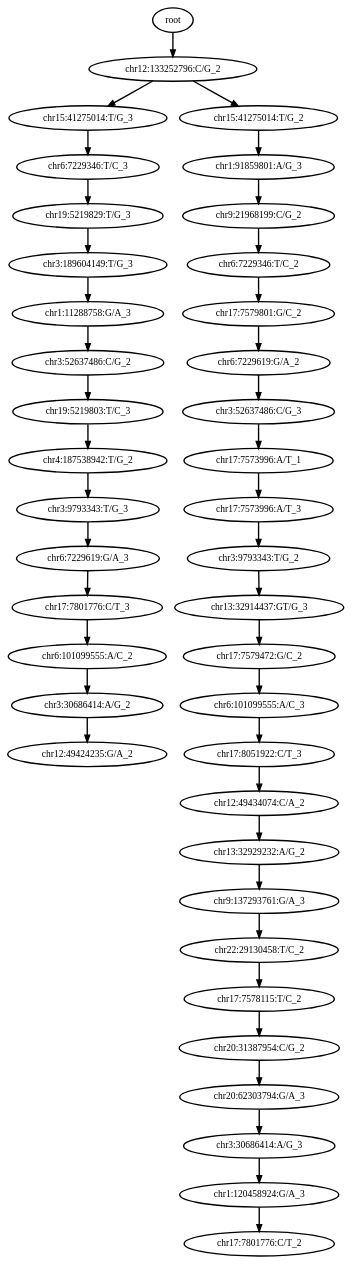
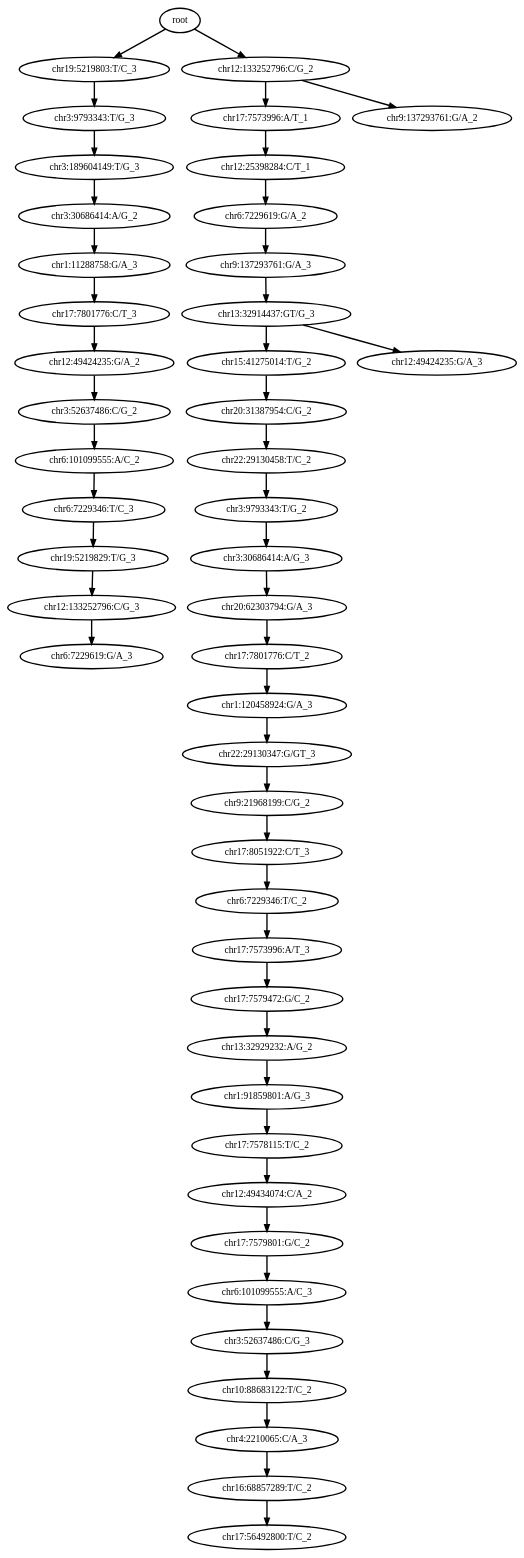
One commit to haochenz96/Tapestri_main_manuscript_analysis changed the diagram in 0_condor_pipeline/condor_outputs/BPA-2/out_tree_without_cells.dot. Above: the diagram before and after it, drawn with Graphviz. The commit also changed 43 other files, not shown here.

```diff
--- a/0_condor_pipeline/condor_outputs/BPA-2/out_tree_without_cells.dot
+++ b/0_condor_pipeline/condor_outputs/BPA-2/out_tree_without_cells.dot
@@ -1,83 +1,97 @@
 digraph N {
 	overlap="false"
 	rankdir="TB"
 	0 [label="root", style="bold"];
-	1 [label="chr12:133252796:C/G_2", style="bold"];
-	2 [label="chr15:41275014:T/G_3", style="bold"];
-	3 [label="chr15:41275014:T/G_2", style="bold"];
-	4 [label="chr1:91859801:A/G_3", style="bold"];
-	5 [label="chr9:21968199:C/G_2", style="bold"];
-	6 [label="chr6:7229346:T/C_2", style="bold"];
-	7 [label="chr17:7579801:G/C_2", style="bold"];
-	8 [label="chr6:7229619:G/A_2", style="bold"];
-	9 [label="chr3:52637486:C/G_3", style="bold"];
-	10 [label="chr17:7573996:A/T_1", style="bold"];
-	11 [label="chr17:7573996:A/T_3", style="bold"];
-	12 [label="chr3:9793343:T/G_2", style="bold"];
-	13 [label="chr13:32914437:GT/G_3", style="bold"];
-	14 [label="chr17:7579472:G/C_2", style="bold"];
-	15 [label="chr6:101099555:A/C_3", style="bold"];
-	16 [label="chr17:8051922:C/T_3", style="bold"];
-	17 [label="chr12:49434074:C/A_2", style="bold"];
-	18 [label="chr13:32929232:A/G_2", style="bold"];
-	19 [label="chr9:137293761:G/A_3", style="bold"];
-	20 [label="chr22:29130458:T/C_2", style="bold"];
-	21 [label="chr17:7578115:T/C_2", style="bold"];
-	22 [label="chr20:31387954:C/G_2", style="bold"];
-	23 [label="chr20:62303794:G/A_3", style="bold"];
+	1 [label="chr19:5219803:T/C_3", style="bold"];
+	2 [label="chr3:9793343:T/G_3", style="bold"];
+	3 [label="chr3:189604149:T/G_3", style="bold"];
+	4 [label="chr3:30686414:A/G_2", style="bold"];
+	5 [label="chr1:11288758:G/A_3", style="bold"];
+	6 [label="chr17:7801776:C/T_3", style="bold"];
+	7 [label="chr12:49424235:G/A_2", style="bold"];
+	8 [label="chr3:52637486:C/G_2", style="bold"];
+	9 [label="chr6:101099555:A/C_2", style="bold"];
+	10 [label="chr6:7229346:T/C_3", style="bold"];
+	11 [label="chr19:5219829:T/G_3", style="bold"];
+	12 [label="chr12:133252796:C/G_3", style="bold"];
+	13 [label="chr6:7229619:G/A_3", style="bold"];
+	14 [label="chr12:133252796:C/G_2", style="bold"];
+	15 [label="chr17:7573996:A/T_1", style="bold"];
+	16 [label="chr12:25398284:C/T_1", style="bold"];
+	17 [label="chr6:7229619:G/A_2", style="bold"];
+	18 [label="chr9:137293761:G/A_3", style="bold"];
+	19 [label="chr13:32914437:GT/G_3", style="bold"];
+	20 [label="chr15:41275014:T/G_2", style="bold"];
+	21 [label="chr20:31387954:C/G_2", style="bold"];
+	22 [label="chr22:29130458:T/C_2", style="bold"];
+	23 [label="chr3:9793343:T/G_2", style="bold"];
 	24 [label="chr3:30686414:A/G_3", style="bold"];
-	25 [label="chr1:120458924:G/A_3", style="bold"];
+	25 [label="chr20:62303794:G/A_3", style="bold"];
 	26 [label="chr17:7801776:C/T_2", style="bold"];
-	27 [label="chr6:7229346:T/C_3", style="bold"];
-	28 [label="chr19:5219829:T/G_3", style="bold"];
-	29 [label="chr3:189604149:T/G_3", style="bold"];
-	30 [label="chr1:11288758:G/A_3", style="bold"];
-	31 [label="chr3:52637486:C/G_2", style="bold"];
-	32 [label="chr19:5219803:T/C_3", style="bold"];
-	33 [label="chr4:187538942:T/G_2", style="bold"];
-	34 [label="chr3:9793343:T/G_3", style="bold"];
-	35 [label="chr6:7229619:G/A_3", style="bold"];
-	36 [label="chr17:7801776:C/T_3", style="bold"];
-	37 [label="chr6:101099555:A/C_2", style="bold"];
-	38 [label="chr3:30686414:A/G_2", style="bold"];
-	39 [label="chr12:49424235:G/A_2", style="bold"];
+	27 [label="chr1:120458924:G/A_3", style="bold"];
+	28 [label="chr22:29130347:G/GT_3", style="bold"];
+	29 [label="chr9:21968199:C/G_2", style="bold"];
+	30 [label="chr17:8051922:C/T_3", style="bold"];
+	31 [label="chr6:7229346:T/C_2", style="bold"];
+	32 [label="chr17:7573996:A/T_3", style="bold"];
+	33 [label="chr17:7579472:G/C_2", style="bold"];
+	34 [label="chr13:32929232:A/G_2", style="bold"];
+	35 [label="chr1:91859801:A/G_3", style="bold"];
+	36 [label="chr17:7578115:T/C_2", style="bold"];
+	37 [label="chr12:49434074:C/A_2", style="bold"];
+	38 [label="chr17:7579801:G/C_2", style="bold"];
+	39 [label="chr6:101099555:A/C_3", style="bold"];
+	40 [label="chr3:52637486:C/G_3", style="bold"];
+	41 [label="chr10:88683122:T/C_2", style="bold"];
+	42 [label="chr4:2210065:C/A_3", style="bold"];
+	43 [label="chr16:68857289:T/C_2", style="bold"];
+	44 [label="chr17:56492800:T/C_2", style="bold"];
+	45 [label="chr12:49424235:G/A_3", style="bold"];
+	46 [label="chr9:137293761:G/A_2", style="bold"];
 	0 -> 1 [style="bold"];
+	0 -> 14 [style="bold"];
 	1 -> 2 [style="bold"];
-	1 -> 3 [style="bold"];
-	2 -> 27 [style="bold"];
+	2 -> 3 [style="bold"];
 	3 -> 4 [style="bold"];
 	4 -> 5 [style="bold"];
 	5 -> 6 [style="bold"];
 	6 -> 7 [style="bold"];
 	7 -> 8 [style="bold"];
 	8 -> 9 [style="bold"];
 	9 -> 10 [style="bold"];
 	10 -> 11 [style="bold"];
 	11 -> 12 [style="bold"];
 	12 -> 13 [style="bold"];
-	13 -> 14 [style="bold"];
 	14 -> 15 [style="bold"];
+	14 -> 46 [style="bold"];
 	15 -> 16 [style="bold"];
 	16 -> 17 [style="bold"];
 	17 -> 18 [style="bold"];
 	18 -> 19 [style="bold"];
 	19 -> 20 [style="bold"];
+	19 -> 45 [style="bold"];
 	20 -> 21 [style="bold"];
 	21 -> 22 [style="bold"];
 	22 -> 23 [style="bold"];
 	23 -> 24 [style="bold"];
 	24 -> 25 [style="bold"];
 	25 -> 26 [style="bold"];
+	26 -> 27 [style="bold"];
 	27 -> 28 [style="bold"];
 	28 -> 29 [style="bold"];
 	29 -> 30 [style="bold"];
 	30 -> 31 [style="bold"];
 	31 -> 32 [style="bold"];
 	32 -> 33 [style="bold"];
 	33 -> 34 [style="bold"];
 	34 -> 35 [style="bold"];
 	35 -> 36 [style="bold"];
 	36 -> 37 [style="bold"];
 	37 -> 38 [style="bold"];
 	38 -> 39 [style="bold"];
+	39 -> 40 [style="bold"];
+	40 -> 41 [style="bold"];
+	41 -> 42 [style="bold"];
+	42 -> 43 [style="bold"];
+	43 -> 44 [style="bold"];
 }
```
